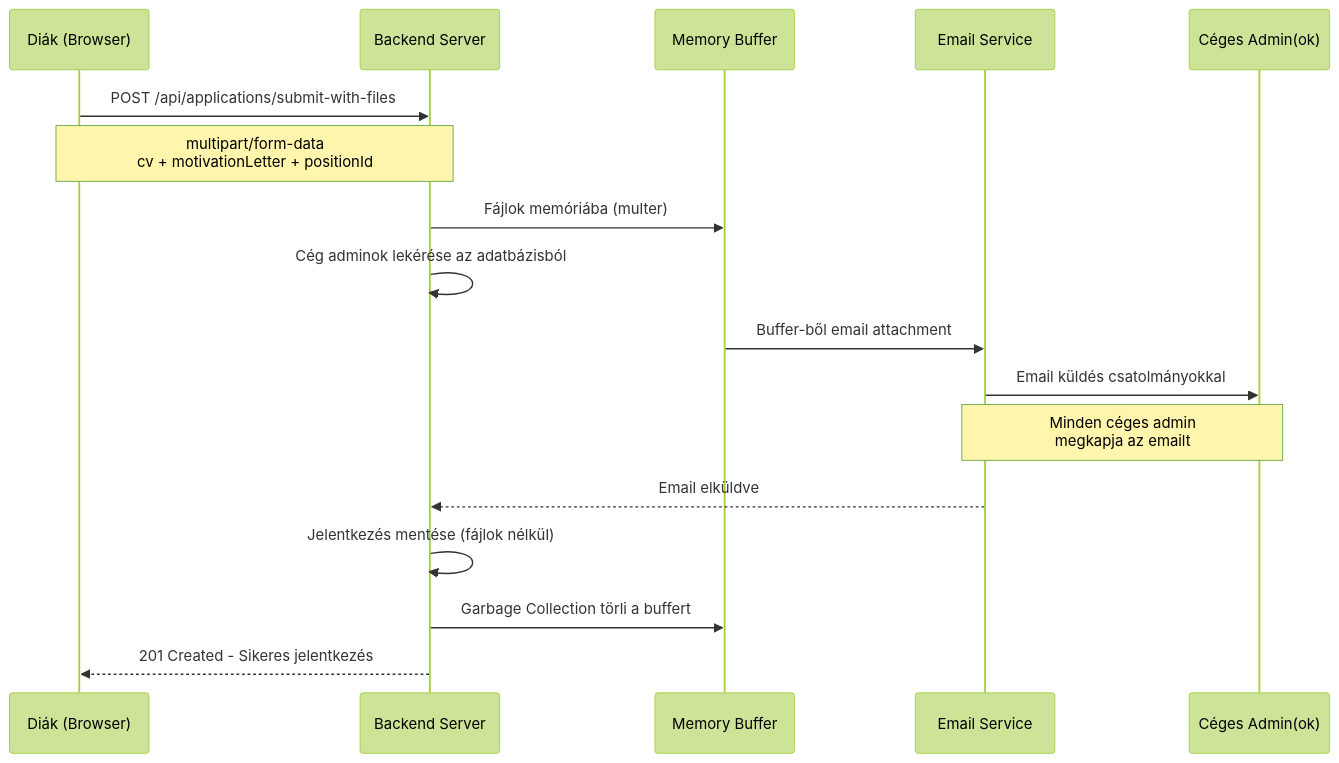
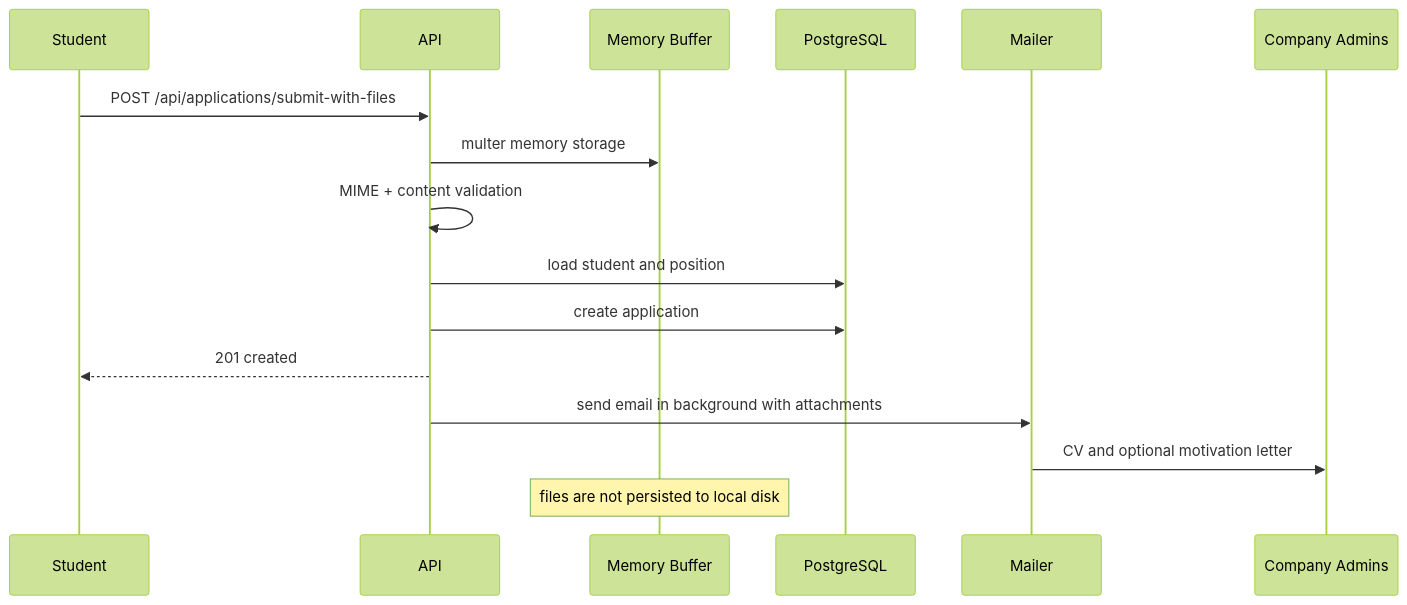
Before and after one commit to myloo23/dual-kepzes-frontend: the ninth of 10 diagrams in backendreadme.md, drawn with Mermaid (forest theme). The commit also changed other lines of this file and 3 other files, not shown here.

````diff
--- a/backendreadme.md
+++ b/backendreadme.md
@@ -528,20 +385,19 @@
 ```mermaid
 sequenceDiagram
-    participant D as Diák (Browser)
-    participant S as Backend Server
-    participant M as Memory Buffer
-    participant E as Email Service
-    participant HR as Céges Admin(ok)
+    participant Student
+    participant API
+    participant Memory as Memory Buffer
+    participant DB as PostgreSQL
+    participant Mail as Mailer
+    participant HR as Company Admins
 
-    D->>S: POST /api/applications/submit-with-files
-    Note over D,S: multipart/form-data<br/>cv + motivationLetter + positionId
-    S->>M: Fájlok memóriába (multer)
-    S->>S: Cég adminok lekérése az adatbázisból
-    M->>E: Buffer-ből email attachment
-    E->>HR: Email küldés csatolmányokkal
-    Note over E,HR: Minden céges admin<br/>megkapja az emailt
-    E-->>S: Email elküldve
-    S->>S: Jelentkezés mentése (fájlok nélkül)
-    S->>M: Garbage Collection törli a buffert
-    S-->>D: 201 Created - Sikeres jelentkezés
+    Student->>API: POST /api/applications/submit-with-files
+    API->>Memory: multer memory storage
+    API->>API: MIME + content validation
+    API->>DB: load student and position
+    API->>DB: create application
+    API-->>Student: 201 created
+    API->>Mail: send email in background with attachments
+    Mail->>HR: CV and optional motivation letter
+    Note over Memory: files are not persisted to local disk
 ```
````
